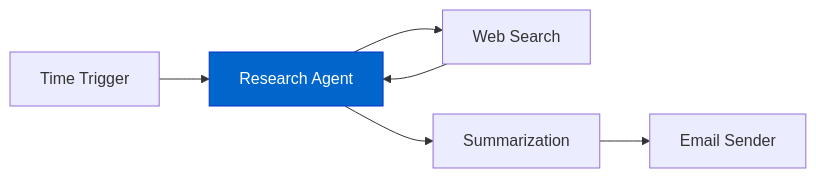
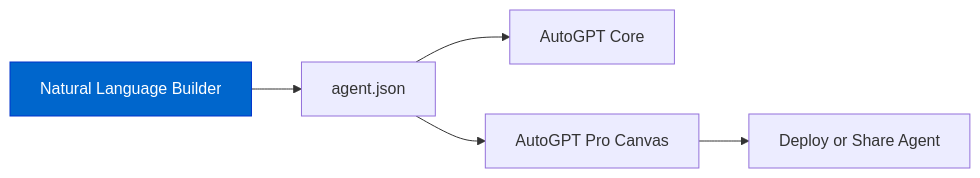
One commit to anvyle/Natural-Language-Agent-Workflow-Builder changed the third of 3 diagrams in README.md. Above: the diagram before and after it, drawn with Mermaid. The commit also changed other lines of this file, not shown here.

````diff
--- a/README.md
+++ b/README.md
@@ -160,10 +155,9 @@
 ```mermaid
 graph LR
-    A[Time Trigger] --> B[Research Agent]
-    B --> C[Web Search]
-    C --> B
-    B --> D[Summarization]
-    D --> E[Email Sender]
-    
-    style B fill:#0066cc,color:#ffffff,stroke:#0033cc
+    A[Natural Language Builder] --> B[agent.json]
+    B --> C[AutoGPT Core]
+    B --> D[AutoGPT Pro Canvas]
+    D --> E[Deploy or Share Agent]
+
+    style A fill:#0066cc,color:#ffffff,stroke:#0033cc
 ```
````
